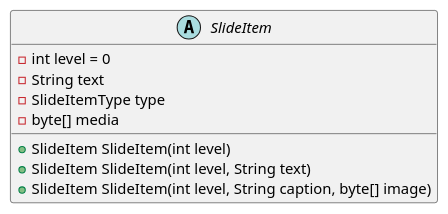
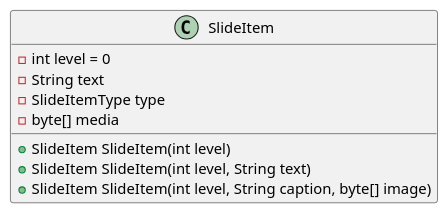
The diagram in jabberPoint/diagramaClasses/Model/SlideItem.puml (kvojps/estudo-uml), drawn with PlantUML before and after one commit. The commit also changed 4 other files, not shown here.

Commit message:
refatorando diagrama de classes

```diff
--- a/jabberPoint/diagramaClasses/Model/SlideItem.puml
+++ b/jabberPoint/diagramaClasses/Model/SlideItem.puml
@@ -1,12 +1,12 @@
 @startuml slide item 
-    abstract class SlideItem{
+    class SlideItem{
         - int level = 0
         - String text
         - SlideItemType type
         - byte[] media
 
         + SlideItem SlideItem(int level)
         + SlideItem SlideItem(int level, String text)
         + SlideItem SlideItem(int level, String caption, byte[] image)
     }
 @enduml
```
